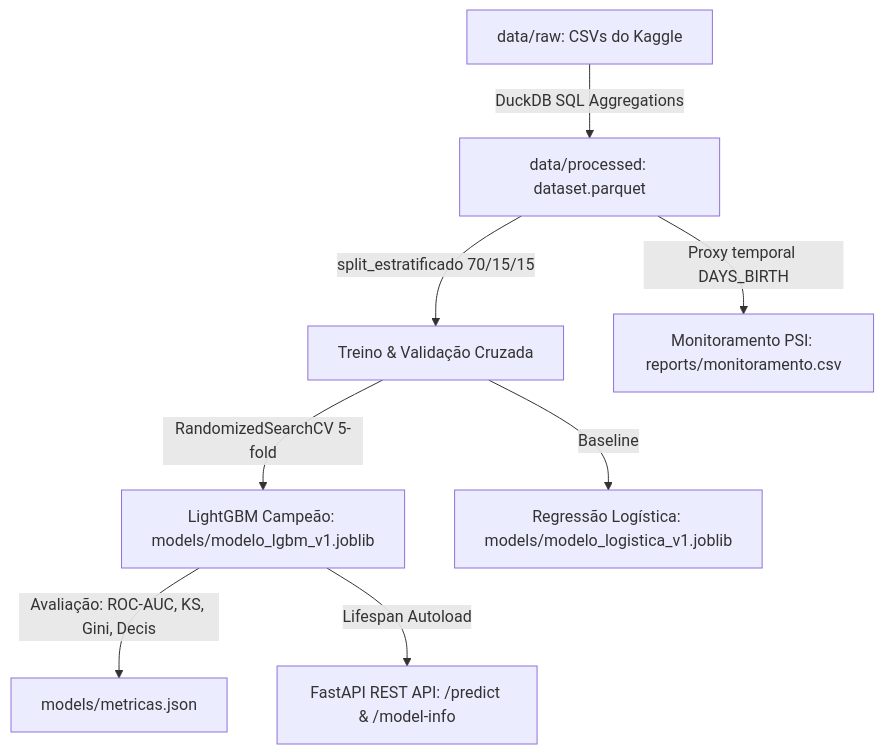
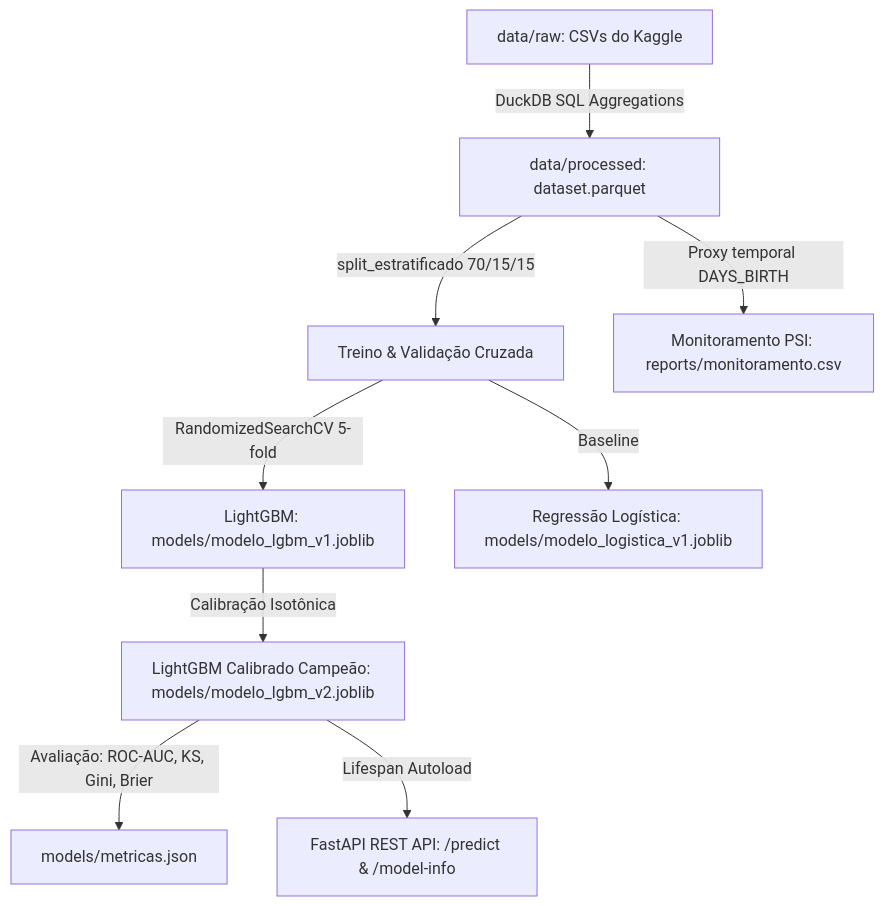
One commit to elycbarros/credit-lens changed the diagram in README.md. Above: the diagram before and after it, drawn with Mermaid. The commit also changed other lines of this file and 2 other files, not shown here.

Commit message:
docs: atualizar métricas do modelo calibrado, diagrama e atributos pessoais

````diff
--- a/README.md
+++ b/README.md
@@ -39,10 +34,11 @@
 ```mermaid
 flowchart TD
     A[data/raw: CSVs do Kaggle] -->|DuckDB SQL Aggregations| B[data/processed: dataset.parquet]
     B -->|split_estratificado 70/15/15| C[Treino & Validação Cruzada]
-    C -->|RandomizedSearchCV 5-fold| D[LightGBM Campeão: models/modelo_lgbm_v1.joblib]
+    C -->|RandomizedSearchCV 5-fold| D[LightGBM: models/modelo_lgbm_v1.joblib]
     C -->|Baseline| E[Regressão Logística: models/modelo_logistica_v1.joblib]
-    D -->|Avaliação: ROC-AUC, KS, Gini, Decis| F[models/metricas.json]
+    D -->|Calibração Isotônica| I[LightGBM Calibrado Campeão: models/modelo_lgbm_v2.joblib]
+    I -->|Avaliação: ROC-AUC, KS, Gini, Brier| F[models/metricas.json]
     B -->|Proxy temporal DAYS_BIRTH| G[Monitoramento PSI: reports/monitoramento.csv]
-    D -->|Lifespan Autoload| H[FastAPI REST API: /predict & /model-info]
+    I -->|Lifespan Autoload| H[FastAPI REST API: /predict & /model-info]
 ```
````
